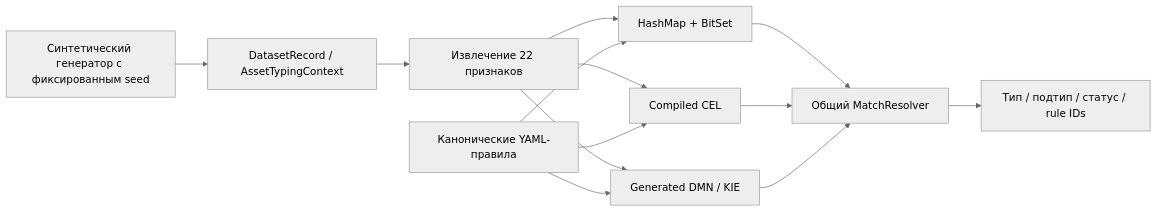
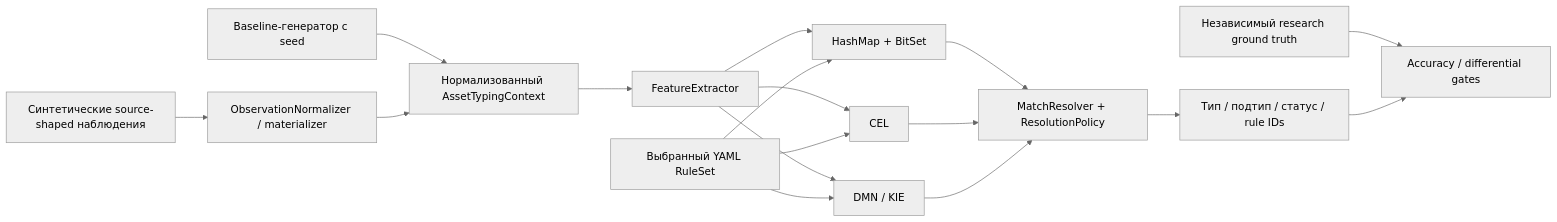
Before and after one commit to GAbra/itam-asset-typing-benchmark: the diagram in docs/ARCHITECTURE_RU.md, drawn with Mermaid (neutral theme). The commit also changed other lines of this file and 5 other files, not shown here.

Commit message:
Align implementation docs with completed research architecture

````diff
--- a/docs/ARCHITECTURE_RU.md
+++ b/docs/ARCHITECTURE_RU.md
@@ -13,11 +14,15 @@
 ```mermaid
 flowchart LR
-    G[Синтетический генератор с фиксированным seed] --> C[DatasetRecord / AssetTypingContext]
-    C --> F[Извлечение 22 признаков]
+    BGEN[Baseline-генератор с seed] --> N[Нормализованный AssetTypingContext]
+    SRC[Синтетические source-shaped наблюдения] --> MAT[ObservationNormalizer / materializer]
+    MAT --> N
+    N --> F[FeatureExtractor]
     F --> B[HashMap + BitSet]
-    F --> E[Compiled CEL]
-    F --> D[Generated DMN / KIE]
-    R[Канонические YAML-правила] --> B & E & D
-    B & E & D --> M[Общий MatchResolver]
+    F --> C[CEL]
+    F --> D[DMN / KIE]
+    R[Выбранный YAML RuleSet] --> B & C & D
+    B & C & D --> M[MatchResolver + ResolutionPolicy]
     M --> O[Тип / подтип / статус / rule IDs]
+    GT[Независимый research ground truth] --> V[Accuracy / differential gates]
+    O --> V
 ```
````
